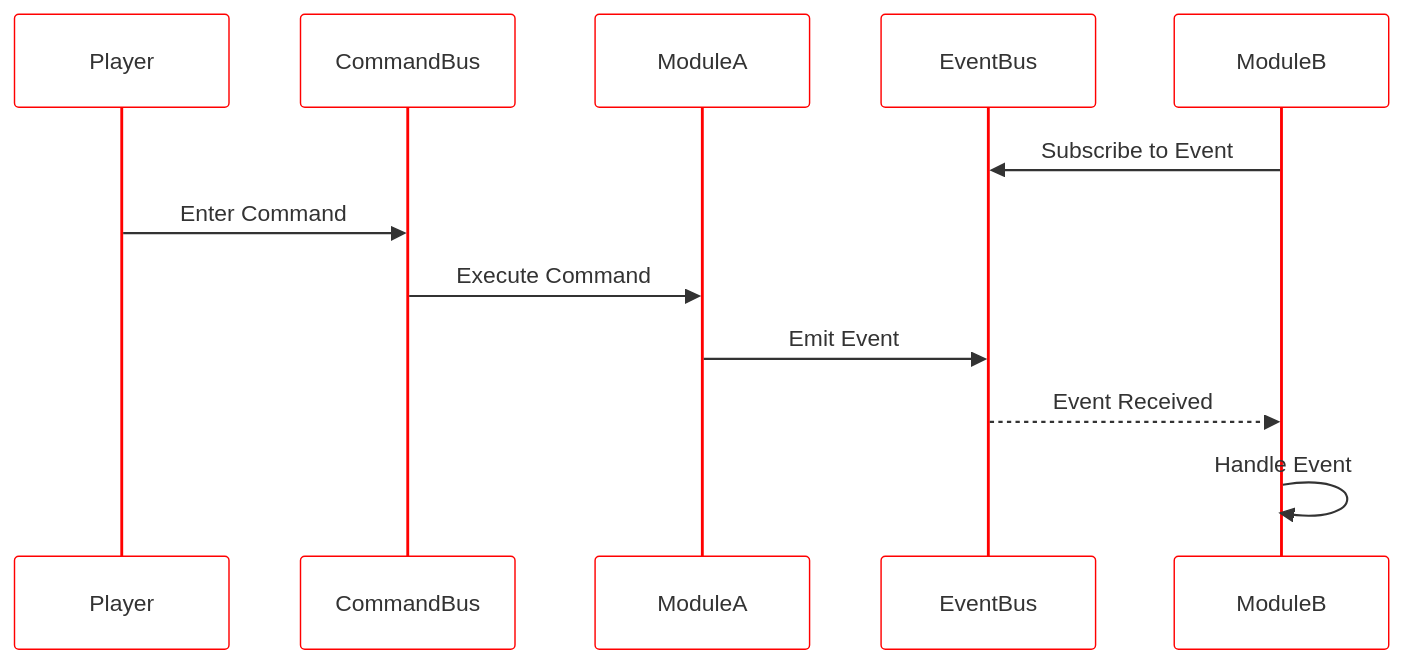
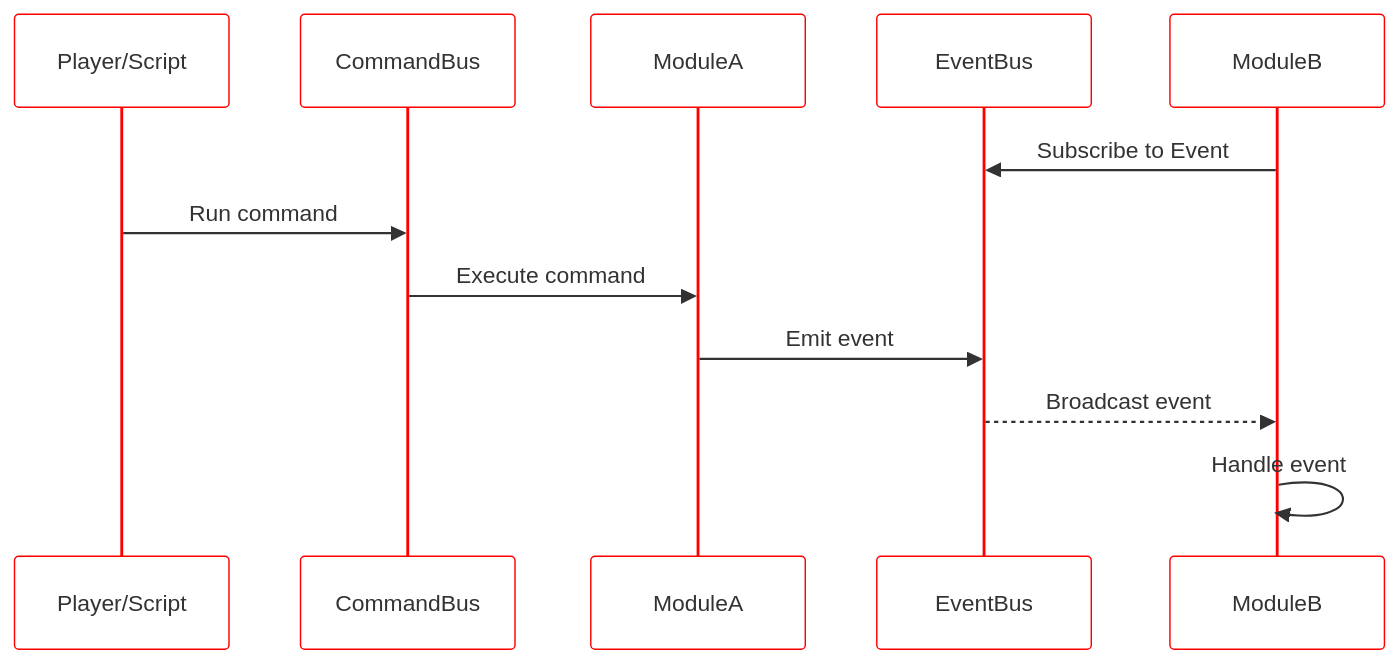
The third of 3 diagrams in docs/Framework/Developer/GettingStarted/ArchitectureOverview.md (lukejamesmorrison/mother-docs), drawn with Mermaid before and after one commit. The commit also changed other lines of this file and 6 other files, not shown here.

````diff
--- a/docs/Framework/Developer/GettingStarted/ArchitectureOverview.md
+++ b/docs/Framework/Developer/GettingStarted/ArchitectureOverview.md
@@ -177,33 +184,33 @@
 ```mermaid
 %%{
   init: {
     'theme': 'base',
     'themeVariables': {
         'primaryColor': '#BB2528',
         'primaryBorderColor': 'red',
         'mainBkg': 'white',
         'nodeBorder': 'red',
         'lineColor': 'black',
         'secondaryColor': 'white',
         'secondaryBorderColor': 'black',
         'tertiaryColor': '#F2F2F2',
         'tertiaryBorderColor': 'black'
     }
   }
 }%%
 
 sequenceDiagram
-    participant Player
+    participant Player/Script
     participant CommandBus
     participant ModuleA
     participant EventBus
     participant ModuleB
 
     ModuleB->>EventBus: Subscribe to Event
 
-    Player->>CommandBus: Enter Command
-    CommandBus->>ModuleA: Execute Command
-    ModuleA->>EventBus: Emit Event
-    EventBus-->>ModuleB: Event Received
-    ModuleB->>ModuleB: Handle Event
+    Player/Script->>CommandBus: Run command
+    CommandBus->>ModuleA: Execute command
+    ModuleA->>EventBus: Emit event
+    EventBus-->>ModuleB: Broadcast event
+    ModuleB->>ModuleB: Handle event
 ```
````
